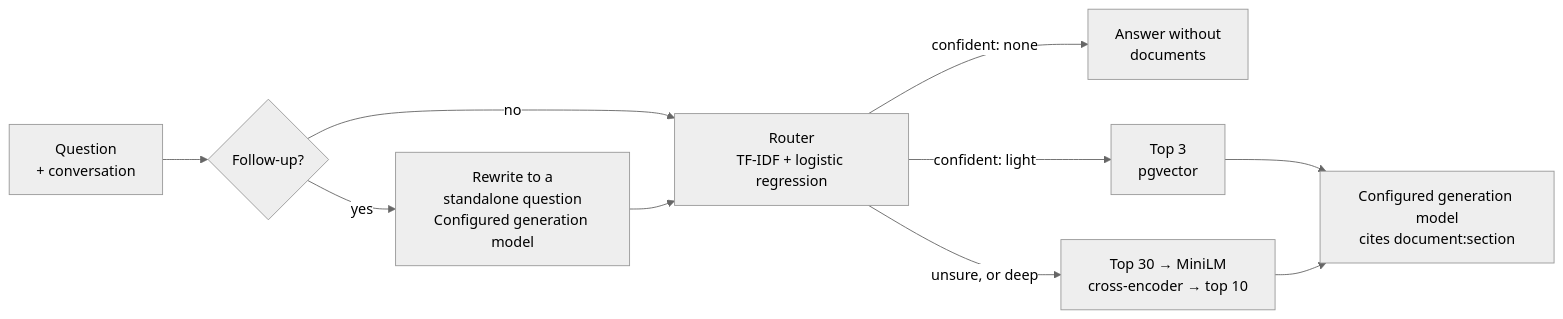
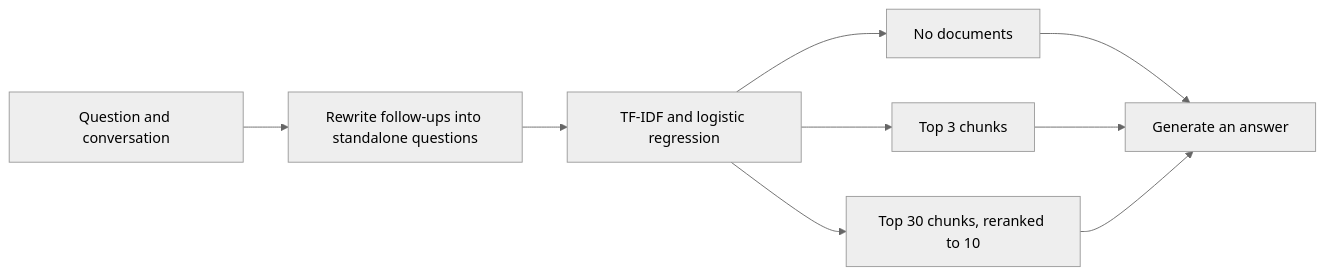
Before and after one commit to Sankew/adaptive-retrieval: the diagram in README.md, drawn with Mermaid (neutral theme). The commit also changed other lines of this file, not shown here.

````diff
--- a/README.md
+++ b/README.md
@@ -15,12 +21,11 @@
 ```mermaid
 flowchart LR
-    Q[Question<br/>+ conversation] --> W{Follow-up?}
-    W -- yes --> R[Rewrite to a<br/>standalone question<br/>Configured generation model]
-    W -- no --> C
-    R --> C[Router<br/>TF-IDF + logistic regression]
-    C -- confident: none --> N[Answer without<br/>documents]
-    C -- confident: light --> L[Top 3<br/>pgvector]
-    C -- unsure, or deep --> D[Top 30 → MiniLM<br/>cross-encoder → top 10]
-    L --> A[Configured generation model<br/>cites document:section]
-    D --> A
+    Q[Question and conversation] --> W[Rewrite follow-ups into standalone questions]
+    W --> R[TF-IDF and logistic regression]
+    R --> N[No documents]
+    R --> L[Top 3 chunks]
+    R --> D[Top 30 chunks, reranked to 10]
+    N --> G[Generate an answer]
+    L --> G
+    D --> G
 ```
````
